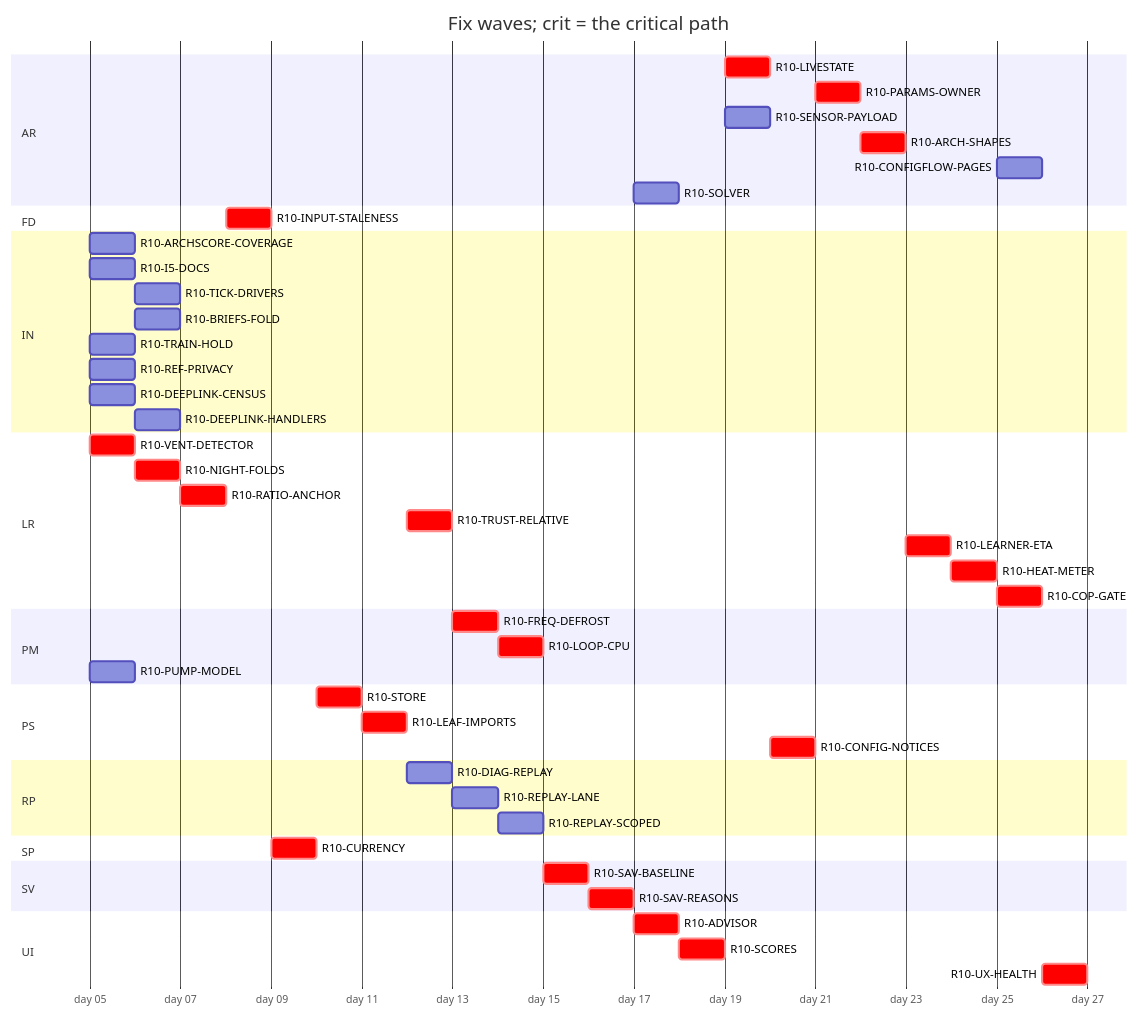
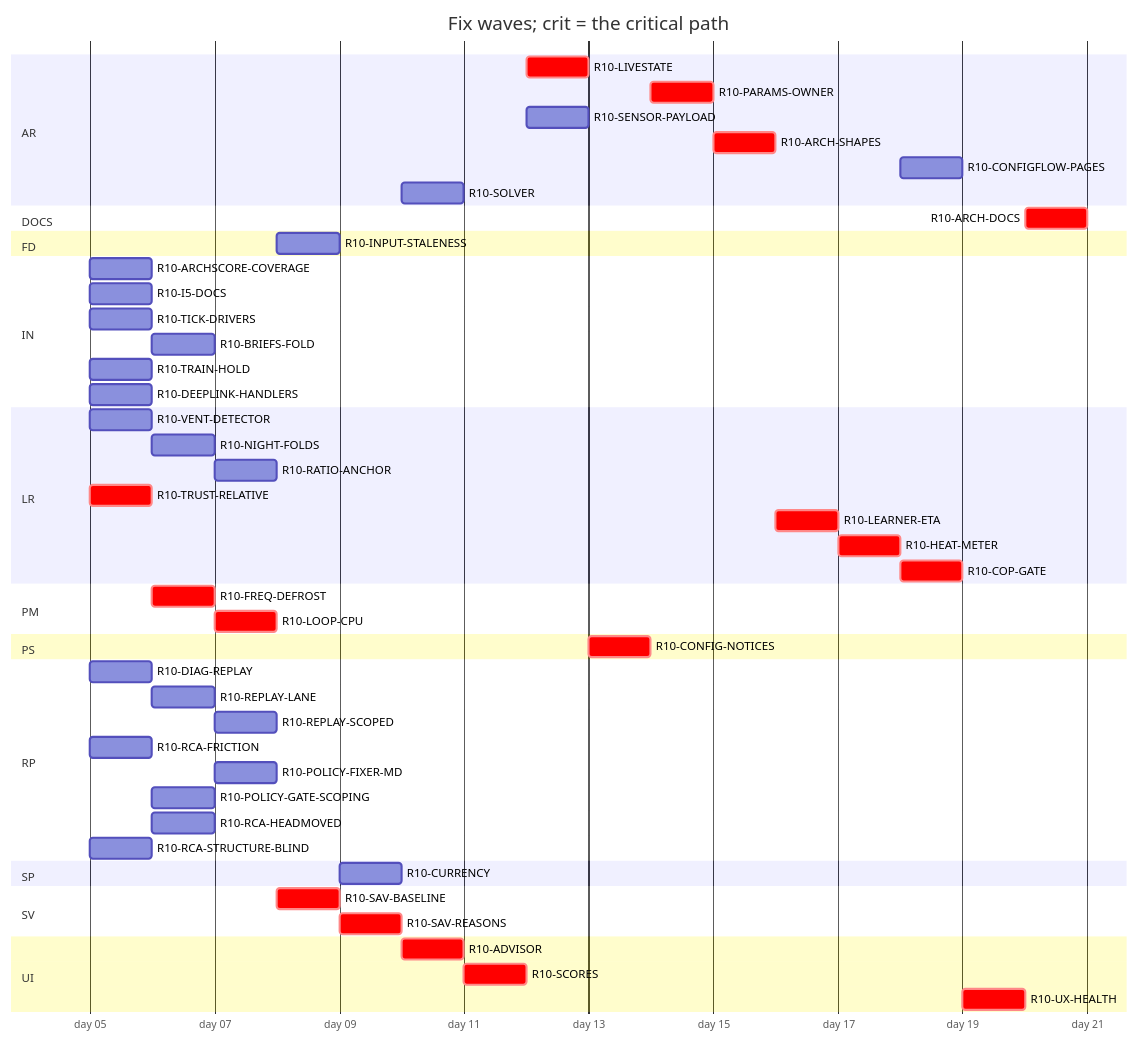
The diagram in handoff/round10/state/PLAN-TABLE.md (tvofi/heatpump_optimizer), drawn with Mermaid before and after one commit. The commit also changed other lines of this file and 2 other files, not shown here.

````diff
--- a/handoff/round10/state/PLAN-TABLE.md
+++ b/handoff/round10/state/PLAN-TABLE.md
@@ -23,53 +24,55 @@
 ```mermaid
 gantt
   title Fix waves; crit = the critical path
   dateFormat YYYY-MM-DD
   axisFormat day %d
   section AR
-    R10-LIVESTATE :crit, r10LIVESTATE, after r10SCORES r10PUMPMODEL, 1d
+    R10-LIVESTATE :crit, r10LIVESTATE, after r10SCORES, 1d
     R10-PARAMS-OWNER :crit, r10PARAMSOWNER, after r10CONFIGNOTICES r10ARCHSCORECOVERAGE, 1d
     R10-SENSOR-PAYLOAD :r10SENSORPAYLOAD, after r10SCORES, 1d
     R10-ARCH-SHAPES :crit, r10ARCHSHAPES, after r10PARAMSOWNER r10SENSORPAYLOAD r10FREQDEFROST, 1d
     R10-CONFIGFLOW-PAGES :r10CONFIGFLOWPAGES, after r10HEATMETER, 1d
     R10-SOLVER :r10SOLVER, after r10SAVREASONS, 1d
+  section DOCS
+    R10-ARCH-DOCS :crit, r10ARCHDOCS, after r10VENTDETECTOR r10NIGHTFOLDS r10RATIOANCHOR r10INPUTSTALENESS r10CURRENCY r10TRUSTRELATIVE r10FREQDEFROST r10LOOPCPU r10SAVBASELINE r10SAVREASONS r10ADVISOR r10SCORES r10LIVESTATE r10CONFIGNOTICES r10ARCHSCORECOVERAGE r10PARAMSOWNER r10SENSORPAYLOAD r10ARCHSHAPES r10LEARNERETA r10HEATMETER r10COPGATE r10UXHEALTH r10CONFIGFLOWPAGES r10SOLVER r10I5DOCS r10TICKDRIVERS r10BRIEFSFOLD r10DIAGREPLAY r10REPLAYLANE r10REPLAYSCOPED r10TRAINHOLD r10DEEPLINKHANDLERS, 1d
   section FD
-    R10-INPUT-STALENESS :crit, r10INPUTSTALENESS, after r10RATIOANCHOR, 1d
+    R10-INPUT-STALENESS :r10INPUTSTALENESS, after r10RATIOANCHOR, 1d
   section IN
     R10-ARCHSCORE-COVERAGE :r10ARCHSCORECOVERAGE, 2026-01-05, 1d
     R10-I5-DOCS :r10I5DOCS, 2026-01-05, 1d
-    R10-TICK-DRIVERS :r10TICKDRIVERS, after r10REFPRIVACY, 1d
+    R10-TICK-DRIVERS :r10TICKDRIVERS, 2026-01-05, 1d
     R10-BRIEFS-FOLD :r10BRIEFSFOLD, after r10ARCHSCORECOVERAGE, 1d
     R10-TRAIN-HOLD :r10TRAINHOLD, 2026-01-05, 1d
-    R10-REF-PRIVACY :r10REFPRIVACY, 2026-01-05, 1d
-    R10-DEEPLINK-CENSUS :r10DEEPLINKCENSUS, 2026-01-05, 1d
-    R10-DEEPLINK-HANDLERS :r10DEEPLINKHANDLERS, after r10DEEPLINKCENSUS, 1d
+    R10-DEEPLINK-HANDLERS :r10DEEPLINKHANDLERS, 2026-01-05, 1d
   section LR
-    R10-VENT-DETECTOR :crit, r10VENTDETECTOR, 2026-01-05, 1d
-    R10-NIGHT-FOLDS :crit, r10NIGHTFOLDS, after r10VENTDETECTOR, 1d
-    R10-RATIO-ANCHOR :crit, r10RATIOANCHOR, after r10NIGHTFOLDS, 1d
-    R10-TRUST-RELATIVE :crit, r10TRUSTRELATIVE, after r10LEAFIMPORTS, 1d
+    R10-VENT-DETECTOR :r10VENTDETECTOR, 2026-01-05, 1d
+    R10-NIGHT-FOLDS :r10NIGHTFOLDS, after r10VENTDETECTOR, 1d
+    R10-RATIO-ANCHOR :r10RATIOANCHOR, after r10NIGHTFOLDS, 1d
+    R10-TRUST-RELATIVE :crit, r10TRUSTRELATIVE, 2026-01-05, 1d
     R10-LEARNER-ETA :crit, r10LEARNERETA, after r10ARCHSHAPES, 1d
     R10-HEAT-METER :crit, r10HEATMETER, after r10LEARNERETA r10INPUTSTALENESS r10RATIOANCHOR, 1d
     R10-COP-GATE :crit, r10COPGATE, after r10HEATMETER r10SENSORPAYLOAD, 1d
   section PM
     R10-FREQ-DEFROST :crit, r10FREQDEFROST, after r10TRUSTRELATIVE, 1d
     R10-LOOP-CPU :crit, r10LOOPCPU, after r10FREQDEFROST, 1d
-    R10-PUMP-MODEL :r10PUMPMODEL, 2026-01-05, 1d
   section PS
-    R10-STORE :crit, r10STORE, after r10CURRENCY, 1d
-    R10-LEAF-IMPORTS :crit, r10LEAFIMPORTS, after r10STORE r10NIGHTFOLDS, 1d
     R10-CONFIG-NOTICES :crit, r10CONFIGNOTICES, after r10LIVESTATE, 1d
   section RP
-    R10-DIAG-REPLAY :r10DIAGREPLAY, after r10LEAFIMPORTS, 1d
+    R10-DIAG-REPLAY :r10DIAGREPLAY, 2026-01-05, 1d
     R10-REPLAY-LANE :r10REPLAYLANE, after r10DIAGREPLAY, 1d
-    R10-REPLAY-SCOPED :r10REPLAYSCOPED, after r10REPLAYLANE r10TRAINHOLD r10REFPRIVACY, 1d
+    R10-REPLAY-SCOPED :r10REPLAYSCOPED, after r10REPLAYLANE r10TRAINHOLD, 1d
+    R10-RCA-FRICTION :r10RCAFRICTION, 2026-01-05, 1d
+    R10-POLICY-FIXER-MD :r10POLICYFIXERMD, after r10RCAFRICTION r10BRIEFSFOLD, 1d
+    R10-POLICY-GATE-SCOPING :r10POLICYGATESCOPING, after r10TICKDRIVERS, 1d
+    R10-RCA-HEADMOVED :r10RCAHEADMOVED, after r10RCAFRICTION, 1d
+    R10-RCA-STRUCTURE-BLIND :r10RCASTRUCTUREBLIND, 2026-01-05, 1d
   section SP
-    R10-CURRENCY :crit, r10CURRENCY, after r10INPUTSTALENESS, 1d
+    R10-CURRENCY :r10CURRENCY, after r10INPUTSTALENESS, 1d
   section SV
     R10-SAV-BASELINE :crit, r10SAVBASELINE, after r10LOOPCPU, 1d
-    R10-SAV-REASONS :crit, r10SAVREASONS, after r10SAVBASELINE r10LEAFIMPORTS, 1d
+    R10-SAV-REASONS :crit, r10SAVREASONS, after r10SAVBASELINE, 1d
   section UI
     R10-ADVISOR :crit, r10ADVISOR, after r10SAVREASONS, 1d
     R10-SCORES :crit, r10SCORES, after r10ADVISOR, 1d
     R10-UX-HEALTH :crit, r10UXHEALTH, after r10SCORES r10COPGATE r10HEATMETER, 1d
 ```
````
